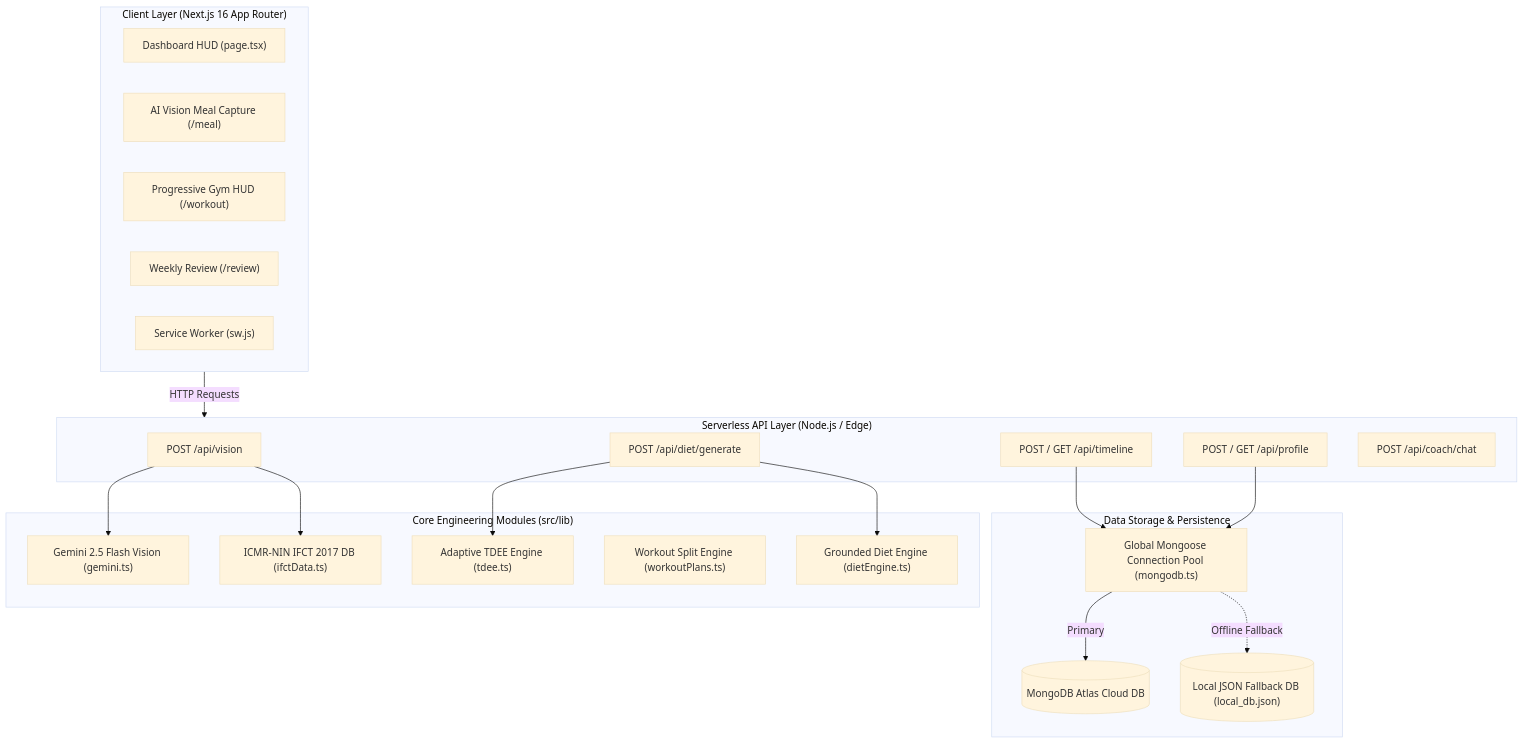
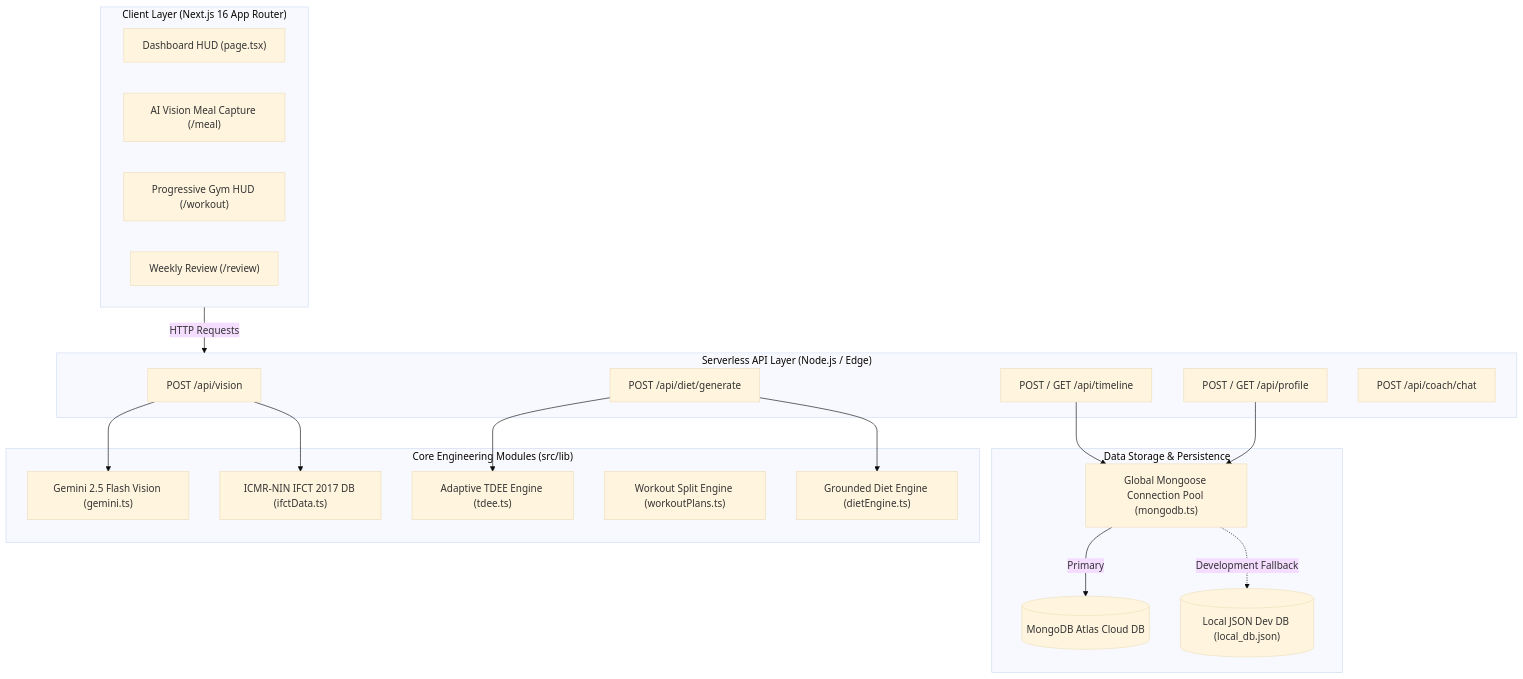
One commit to AdityaThakur193/HealthOs changed the first of 5 diagrams in ARCHITECTURE.md. Above: the diagram before and after it, drawn with Mermaid (base theme). The commit also changed other lines of this file and 9 other files, not shown here.

````diff
--- a/ARCHITECTURE.md
+++ b/ARCHITECTURE.md
@@ -10,42 +10,41 @@
 ```mermaid
 graph TD
     subgraph Client ["Client Layer (Next.js 16 App Router)"]
         HUD["Dashboard HUD (page.tsx)"]
         MealUI["AI Vision Meal Capture (/meal)"]
         WorkoutUI["Progressive Gym HUD (/workout)"]
         ReviewUI["Weekly Review (/review)"]
-        SW["Service Worker (sw.js)"]
     end
 
     subgraph API ["Serverless API Layer (Node.js / Edge)"]
         VisionRoute["POST /api/vision"]
         DietRoute["POST /api/diet/generate"]
         TimelineRoute["POST / GET /api/timeline"]
         ProfileRoute["POST / GET /api/profile"]
         CoachRoute["POST /api/coach/chat"]
     end
 
     subgraph Core ["Core Engineering Modules (src/lib)"]
         TDEEEngine["Adaptive TDEE Engine (tdee.ts)"]
         IFCTEngine["ICMR-NIN IFCT 2017 DB (ifctData.ts)"]
         DietEngine["Grounded Diet Engine (dietEngine.ts)"]
         GymEngine["Workout Split Engine (workoutPlans.ts)"]
         GeminiClient["Gemini 2.5 Flash Vision (gemini.ts)"]
     end
 
     subgraph Data ["Data Storage & Persistence"]
         MongoCache["Global Mongoose Connection Pool (mongodb.ts)"]
         MongoAtlas[("MongoDB Atlas Cloud DB")]
-        LocalFallback[("Local JSON Fallback DB (local_db.json)")]
+        LocalFallback[("Local JSON Dev DB (local_db.json)")]
     end
 
     Client -->|HTTP Requests| API
     VisionRoute --> GeminiClient
     VisionRoute --> IFCTEngine
     DietRoute --> TDEEEngine
     DietRoute --> DietEngine
     TimelineRoute --> MongoCache
     ProfileRoute --> MongoCache
     MongoCache -->|Primary| MongoAtlas
-    MongoCache -.->|Offline Fallback| LocalFallback
+    MongoCache -.->|Development Fallback| LocalFallback
 ```
````
